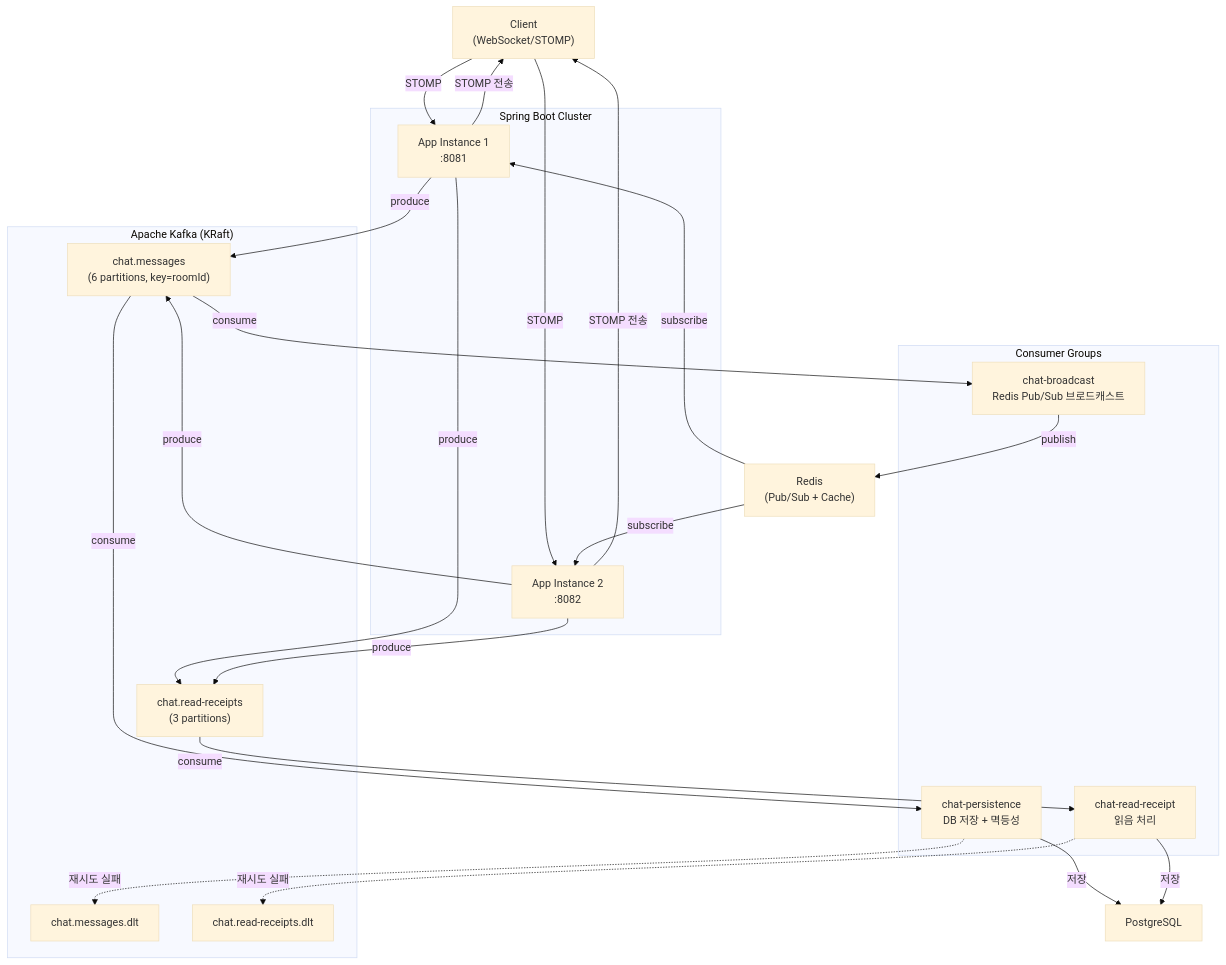
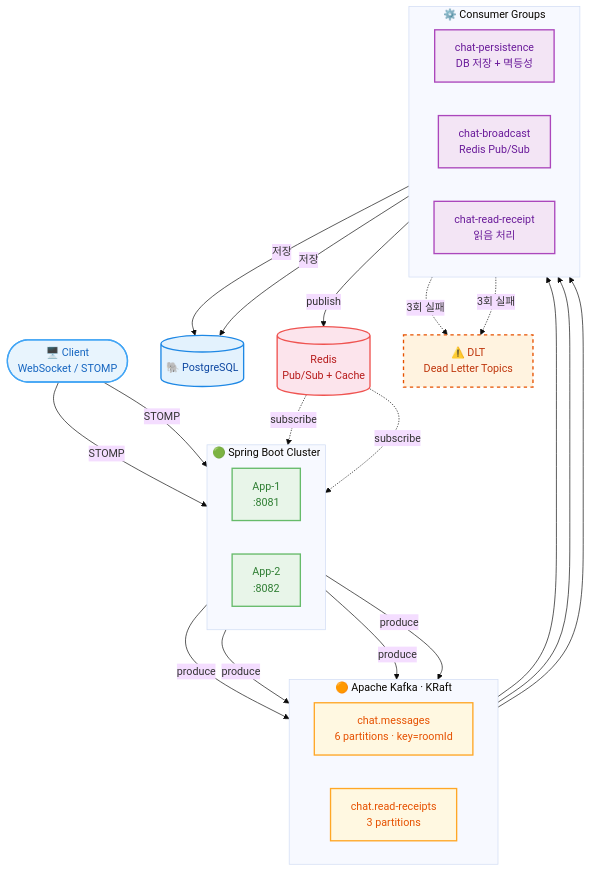
The first of 3 diagrams in README.md (sjh9714/realtime-chat), drawn with Mermaid (base theme) before and after one commit.

Commit message:
style: 아키텍처 Mermaid 다이어그램 시각 개선
- graph TB → flowchart TB (classDef 지원)
- 컴포넌트별 색상 구분 (App 초록, Kafka 주황, Consumer 보라, DB 파랑, Redis 빨강)
- 노드 도형 변경 (Client 스타디움, DB 실린더)
- & 구문으로 중복 화살표 정리, DLT 점선 스타일

````diff
--- a/README.md
+++ b/README.md
@@ -22,48 +22,55 @@
 ```mermaid
-graph TB
-    Client["Client\n(WebSocket/STOMP)"]
+flowchart TB
+    Client(["🖥️ Client<br/>WebSocket / STOMP"])
 
-    subgraph App["Spring Boot Cluster"]
-        App1["App Instance 1\n:8081"]
-        App2["App Instance 2\n:8082"]
+    subgraph APP["🟢 Spring Boot Cluster"]
+        direction LR
+        A1["App-1<br/>:8081"]
+        A2["App-2<br/>:8082"]
     end
 
-    subgraph Kafka["Apache Kafka (KRaft)"]
-        T1["chat.messages\n(6 partitions, key=roomId)"]
-        T2["chat.read-receipts\n(3 partitions)"]
-        DLT1["chat.messages.dlt"]
-        DLT2["chat.read-receipts.dlt"]
+    subgraph KAFKA["🟠 Apache Kafka · KRaft"]
+        direction LR
+        T1["chat.messages<br/>6 partitions · key=roomId"]
+        T2["chat.read-receipts<br/>3 partitions"]
     end
 
-    subgraph Consumers["Consumer Groups"]
-        CG1["chat-persistence\nDB 저장 + 멱등성"]
-        CG2["chat-broadcast\nRedis Pub/Sub 브로드캐스트"]
-        CG3["chat-read-receipt\n읽음 처리"]
+    subgraph CG["⚙️ Consumer Groups"]
+        direction LR
+        P["chat-persistence<br/>DB 저장 + 멱등성"]
+        B["chat-broadcast<br/>Redis Pub/Sub"]
+        R["chat-read-receipt<br/>읽음 처리"]
     end
 
-    Redis["Redis\n(Pub/Sub + Cache)"]
-    DB["PostgreSQL"]
+    DB[("🐘 PostgreSQL")]
+    RD[("Redis<br/>Pub/Sub + Cache")]
+    DLT["⚠️ DLT<br/>Dead Letter Topics"]
 
-    Client -->|STOMP| App1
-    Client -->|STOMP| App2
+    Client -->|STOMP| A1
+    Client -->|STOMP| A2
+    A1 & A2 -->|produce| T1
+    A1 & A2 -->|produce| T2
+    T1 --> P & B
+    T2 --> R
+    P -->|저장| DB
+    B -->|publish| RD
+    R -->|저장| DB
+    P & R -.->|3회 실패| DLT
+    RD -.->|subscribe| A1 & A2
 
-    App1 -->|produce| T1
-    App1 -->|produce| T2
-    App2 -->|produce| T1
-    App2 -->|produce| T2
+    classDef client fill:#e8f4fd,stroke:#42a5f5,stroke-width:2px,color:#1565c0
+    classDef app fill:#e8f5e9,stroke:#66bb6a,stroke-width:2px,color:#2e7d32
+    classDef kafka fill:#fff8e1,stroke:#ffa726,stroke-width:2px,color:#e65100
+    classDef consumer fill:#f3e5f5,stroke:#ab47bc,stroke-width:2px,color:#6a1b9a
+    classDef db fill:#e3f2fd,stroke:#1e88e5,stroke-width:2px,color:#0d47a1
+    classDef redis fill:#fce4ec,stroke:#ef5350,stroke-width:2px,color:#b71c1c
+    classDef dlt fill:#fff3e0,stroke:#e65100,stroke-width:2px,stroke-dasharray:5 5,color:#bf360c
 
-    T1 -->|consume| CG1
-    T1 -->|consume| CG2
-    T2 -->|consume| CG3
-
-    CG1 -->|저장| DB
-    CG1 -.->|재시도 실패| DLT1
-    CG2 -->|publish| Redis
-    CG3 -->|저장| DB
-    CG3 -.->|재시도 실패| DLT2
-
-    Redis -->|subscribe| App1
-    Redis -->|subscribe| App2
-    App1 -->|STOMP 전송| Client
-    App2 -->|STOMP 전송| Client
+    class Client client
+    class A1,A2 app
+    class T1,T2 kafka
+    class P,B,R consumer
+    class DB db
+    class RD redis
+    class DLT dlt
 ```
````
